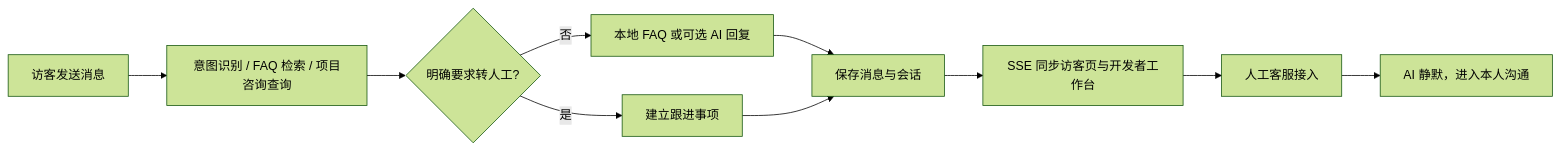
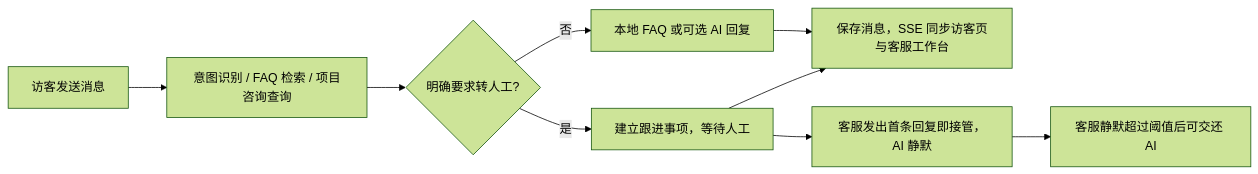
One commit to suijiafeng/ai-customer-support changed the diagram in README.md. Above: the diagram before and after it, drawn with Mermaid (forest theme). The commit also changed other lines of this file, not shown here.

````diff
--- a/README.md
+++ b/README.md
@@ -284,12 +309,11 @@
 ```mermaid
 flowchart LR
   A["访客发送消息"] --> B["意图识别 / FAQ 检索 / 项目咨询查询"]
   B --> C{"明确要求转人工?"}
   C -- 否 --> D["本地 FAQ 或可选 AI 回复"]
-  C -- 是 --> E["建立跟进事项"]
-  D --> F["保存消息与会话"]
+  C -- 是 --> E["建立跟进事项，等待人工"]
+  D --> F["保存消息，SSE 同步访客页与客服工作台"]
   E --> F
-  F --> G["SSE 同步访客页与开发者工作台"]
-  G --> H["人工客服接入"]
-  H --> I["AI 静默，进入本人沟通"]
+  E --> H["客服发出首条回复即接管，AI 静默"]
+  H --> I["客服静默超过阈值后可交还 AI"]
 ```
````
